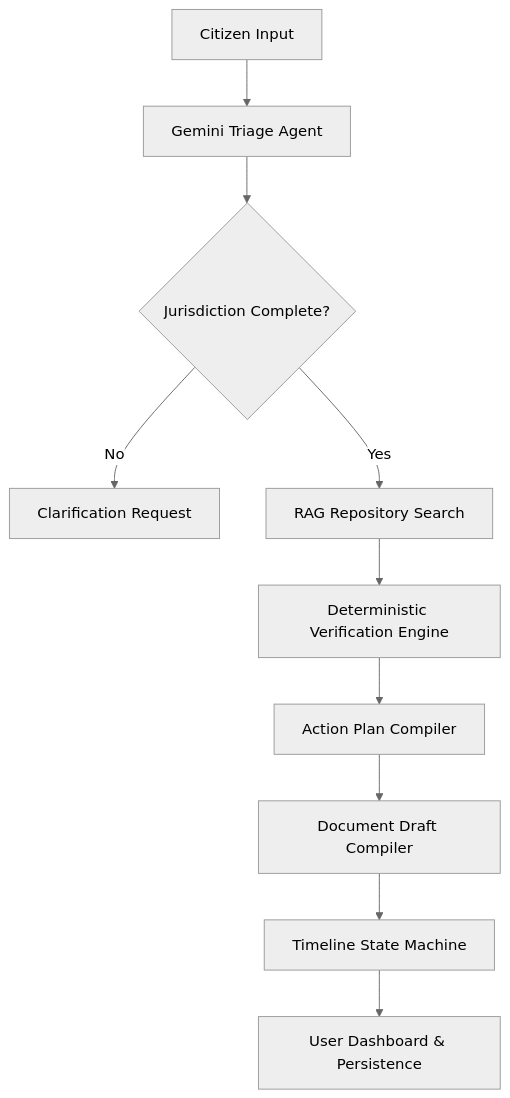
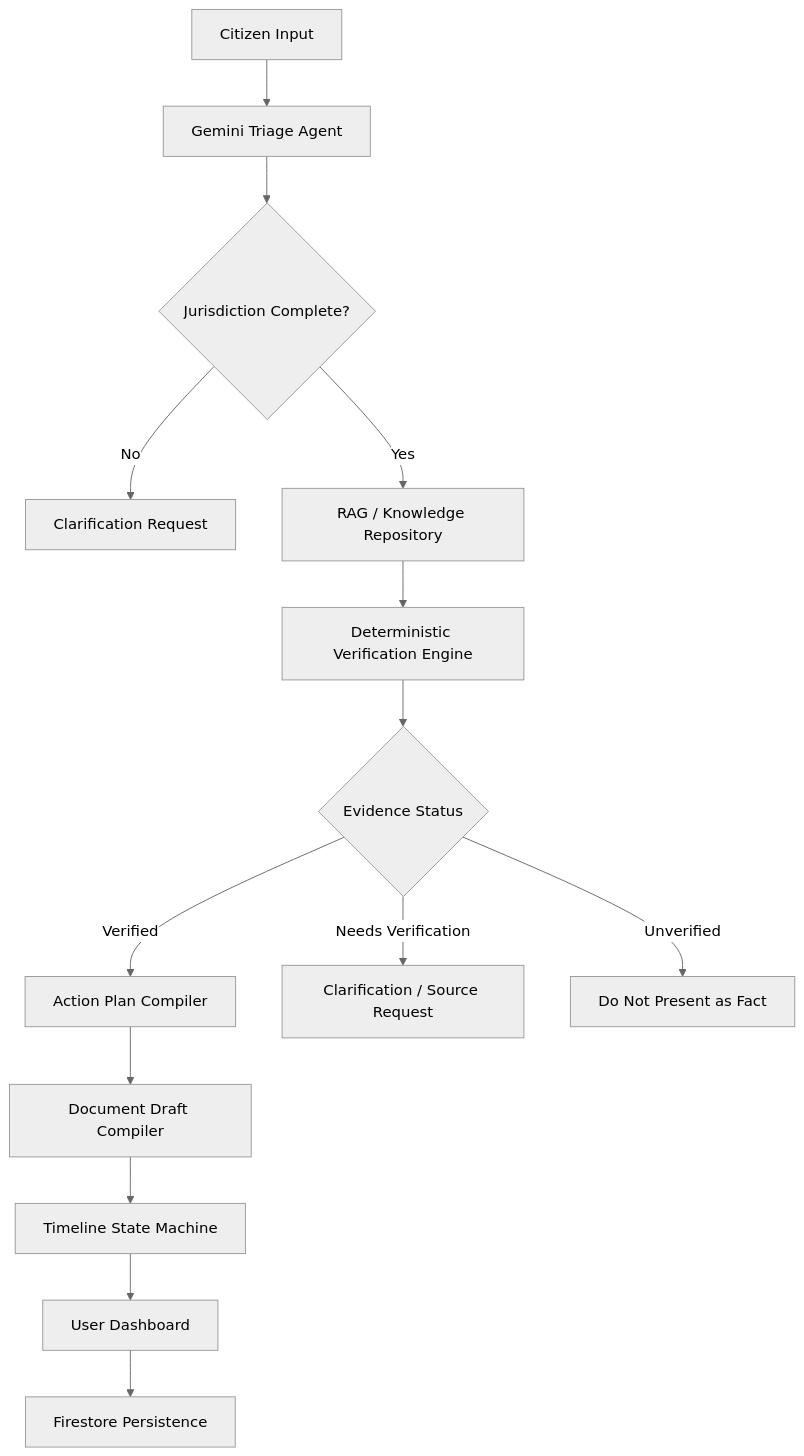
Before and after one commit to TanuDubey-13/NYAYA: the diagram in README.md, drawn with Mermaid (neutral theme). The commit also changed other lines of this file, not shown here.

````diff
--- a/README.md
+++ b/README.md
@@ -25,12 +334,27 @@
 ```mermaid
 graph TD
+
     A[Citizen Input] --> B[Gemini Triage Agent]
+
     B --> C{Jurisdiction Complete?}
+
     C -- No --> D[Clarification Request]
-    C -- Yes --> E[RAG Repository Search]
+
+    C -- Yes --> E[RAG / Knowledge Repository]
+
     E --> F[Deterministic Verification Engine]
-    F --> G[Action Plan Compiler]
-    G --> H[Document Draft Compiler]
-    H --> I[Timeline State Machine]
-    I --> J[User Dashboard & Persistence]
+
+    F --> G{Evidence Status}
+
+    G -->|Verified| H[Action Plan Compiler]
+    G -->|Needs Verification| I[Clarification / Source Request]
+    G -->|Unverified| J[Do Not Present as Fact]
+
+    H --> K[Document Draft Compiler]
+
+    K --> L[Timeline State Machine]
+
+    L --> M[User Dashboard]
+
+    M --> N[Firestore Persistence]
 ```
````
